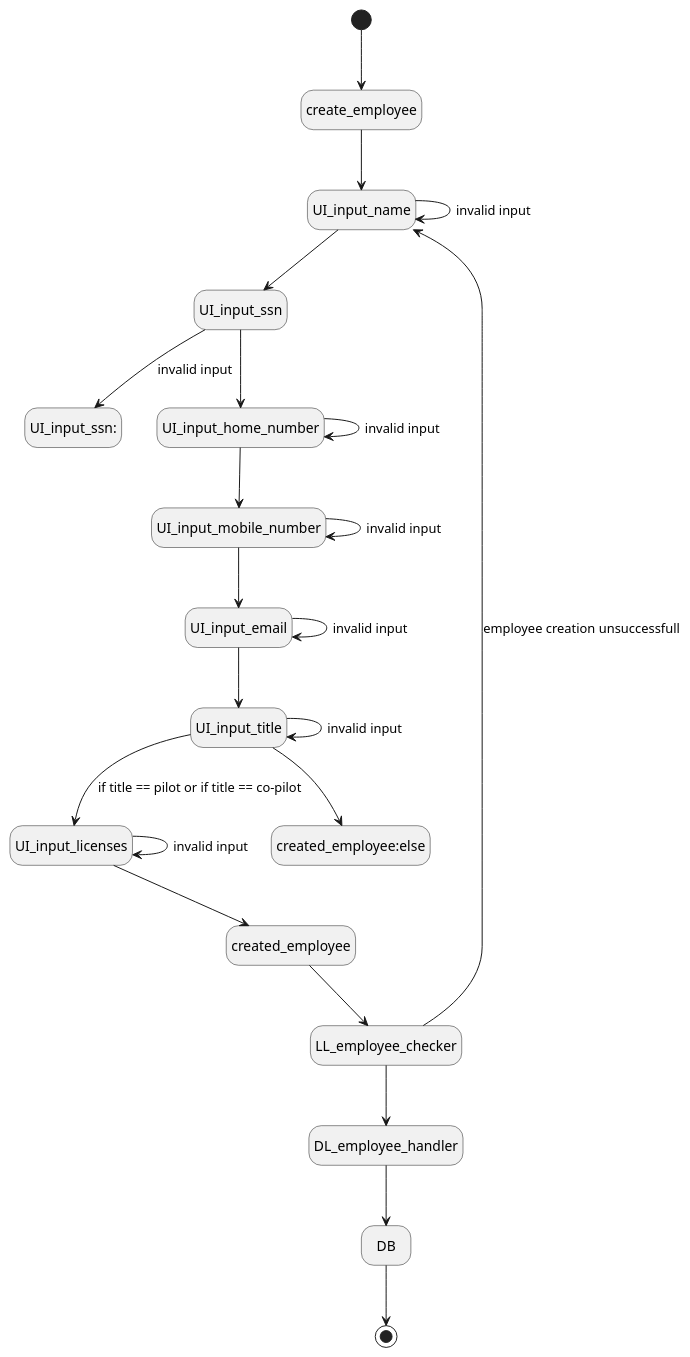
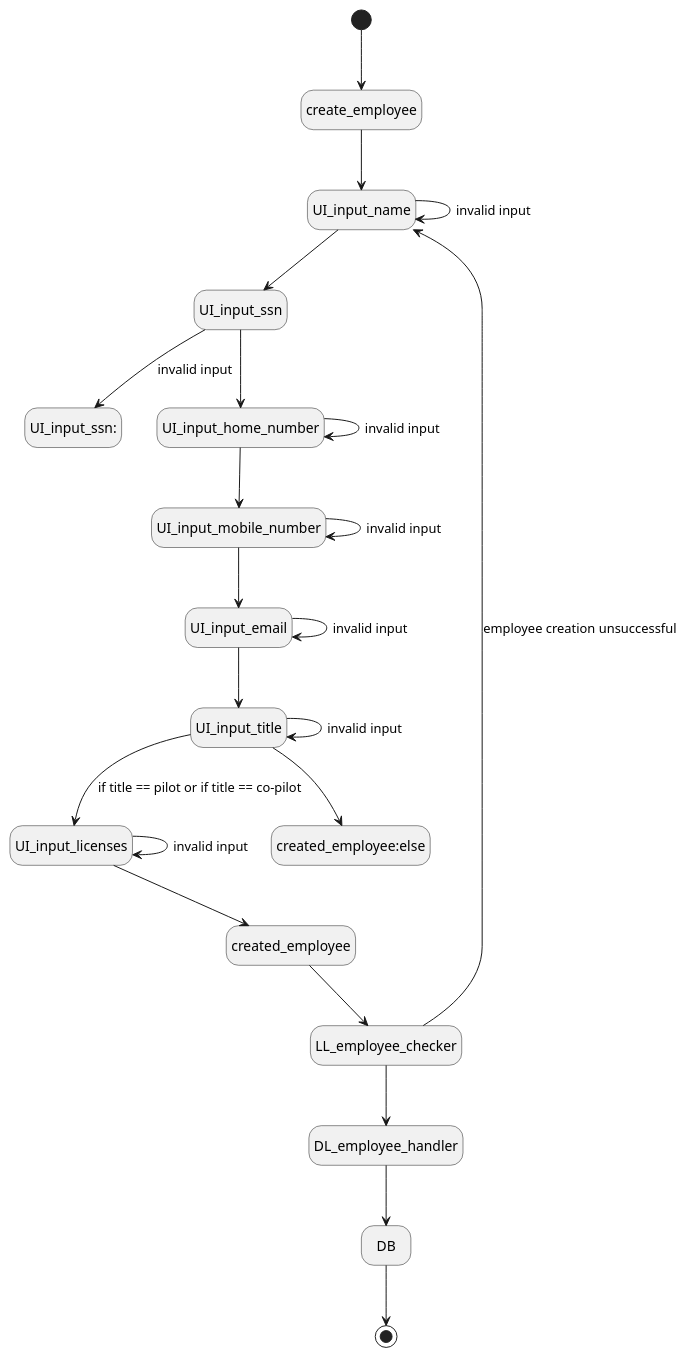
The diagram in state_diagrams/create_employee.puml (irmalexandra/vln1_chuck_nan), drawn with PlantUML before and after one commit. The commit also changed 2 other files, not shown here.

Commit message:
more state diagrams

```diff
--- a/state_diagrams/create_employee.puml
+++ b/state_diagrams/create_employee.puml
@@ -1,27 +1,27 @@
 @startuml create employee
 hide empty description
 
 
 [*] --> create_employee
 create_employee -down-> UI_input_name
 UI_input_name -down-> UI_input_name:invalid input
 UI_input_name -down-> UI_input_ssn
 UI_input_ssn -down-> UI_input_ssn::invalid input
 UI_input_ssn -down-> UI_input_home_number
 UI_input_home_number -down-> UI_input_home_number:invalid input
 UI_input_home_number -down-> UI_input_mobile_number
 UI_input_mobile_number -down-> UI_input_mobile_number:invalid input
 UI_input_mobile_number -down-> UI_input_email
 UI_input_email -down-> UI_input_email:invalid input
 UI_input_email -down-> UI_input_title
 UI_input_title -down-> UI_input_title:invalid input
 UI_input_title -down-> UI_input_licenses: if title == pilot or if title == co-pilot
 UI_input_licenses -down-> UI_input_licenses: invalid input
 UI_input_licenses --> created_employee
 UI_input_title --> created_employee:else
 created_employee --> LL_employee_checker
-LL_employee_checker --> UI_input_name: employee creation unsuccessfull
+LL_employee_checker --> UI_input_name: employee creation unsuccessful
 LL_employee_checker --> DL_employee_handler
 DL_employee_handler --> DB
 DB --> [*]
 @enduml
```
